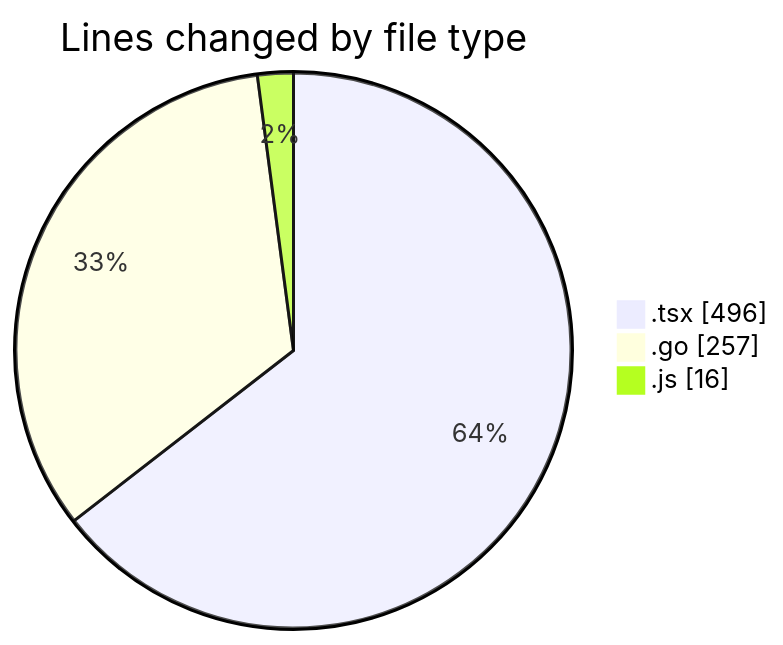
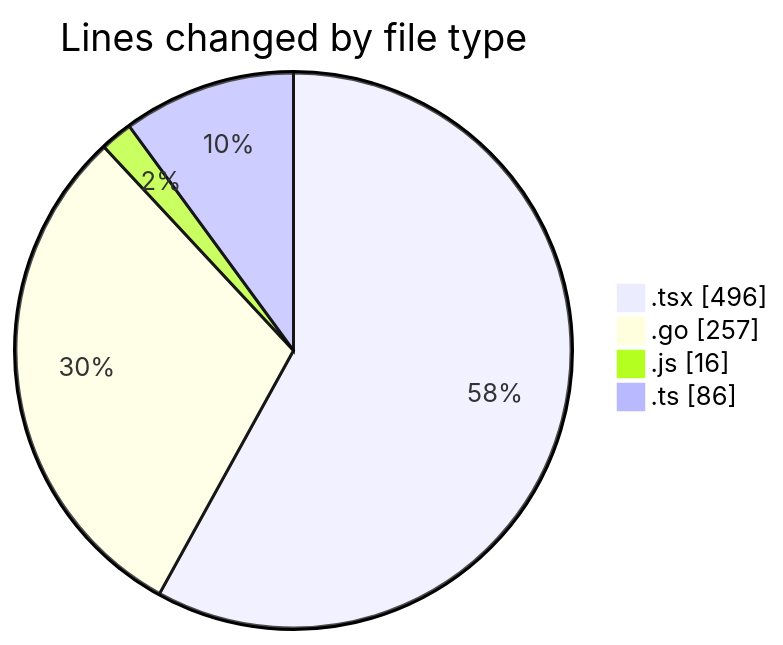
One commit to robertbonfada/code-tracking changed the first of 2 diagrams in 2025-03-04/termonied_testador/README.md. Above: the diagram before and after it, drawn with Mermaid. The commit also changed other lines of this file and 1 other file, not shown here.

````diff
--- a/2025-03-04/termonied_testador/README.md
+++ b/2025-03-04/termonied_testador/README.md
@@ -25,7 +26,8 @@
 ```mermaid
 pie showData
 title Lines changed by file type
 ".tsx" : 496
 ".go" : 257
 ".js" : 16
+".ts" : 86
 ```
````
